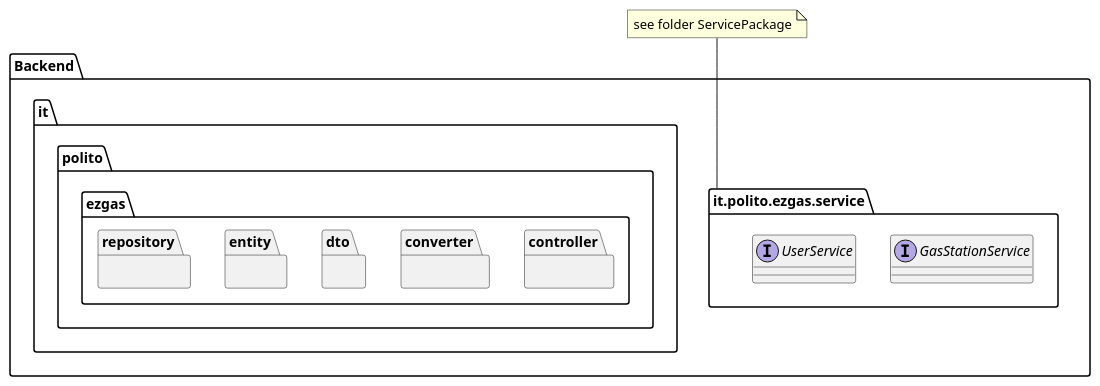
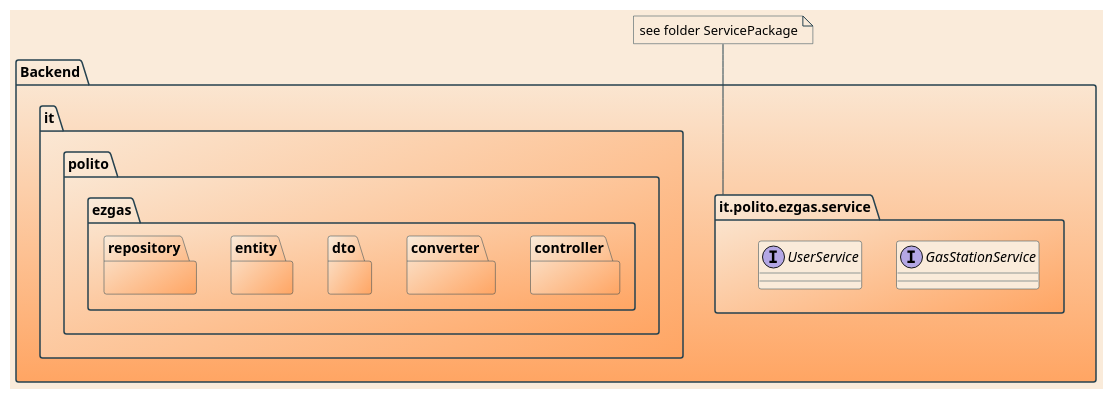
The third of 9 diagrams in docs/DesignDocument.md (e-caste/SoftEng-EZGas), drawn with PlantUML before and after one commit. The commit also changed other lines of this file and 1 other file, not shown here.

Commit message:
Graphical Aspects + Class types

````diff
--- a/docs/DesignDocument.md
+++ b/docs/DesignDocument.md
@@ -107,36 +118,52 @@
 ```plantuml
 @startuml
-package "Backend" {
+skinparam backgroundcolor #FAEBDA
+skinparam package {
+BackgroundColor #FAEBDA/FFA563
+ArrowColor #26424F
+BorderColor #26424F
+}
+skinparam class {
+BackgroundColor #FAEBDA
+ArrowColor #26424F
+BorderColor #26424F
+}
+skinparam note {
+BackgroundColor #FAEBDA
+ArrowColor #26424F
+BorderColor #26424F
+}
+package "Backend" #FAEBDA-FFA563{
 
-package "it.polito.ezgas.service"  as ps {
+package "it.polito.ezgas.service"  as ps{
    interface "GasStationService"
    interface "UserService"
 } 
 
 
-package "it.polito.ezgas.controller" {
+package "it.polito.ezgas.controller"{
 
 }
 
-package "it.polito.ezgas.converter" {
+package "it.polito.ezgas.converter"{
 
 }
 
-package "it.polito.ezgas.dto" {
+package "it.polito.ezgas.dto"{
 
 }
 
-package "it.polito.ezgas.entity" {
+package "it.polito.ezgas.entity"{
 
 }
 
-package "it.polito.ezgas.repository" {
+package "it.polito.ezgas.repository"{
 
 }
 
     
 }
 note "see folder ServicePackage" as n
 n -- ps
 @enduml
 ```
````
